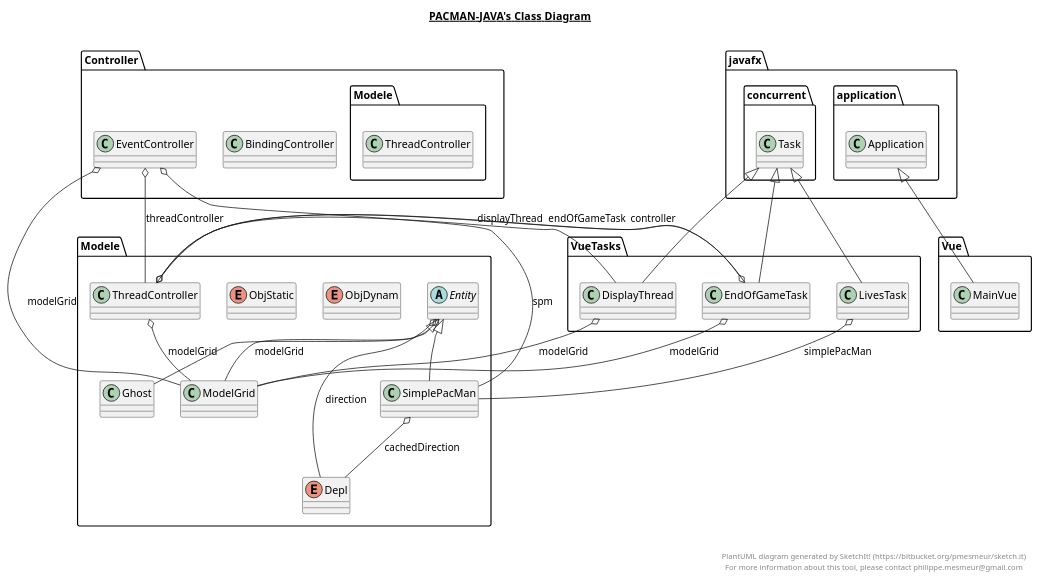
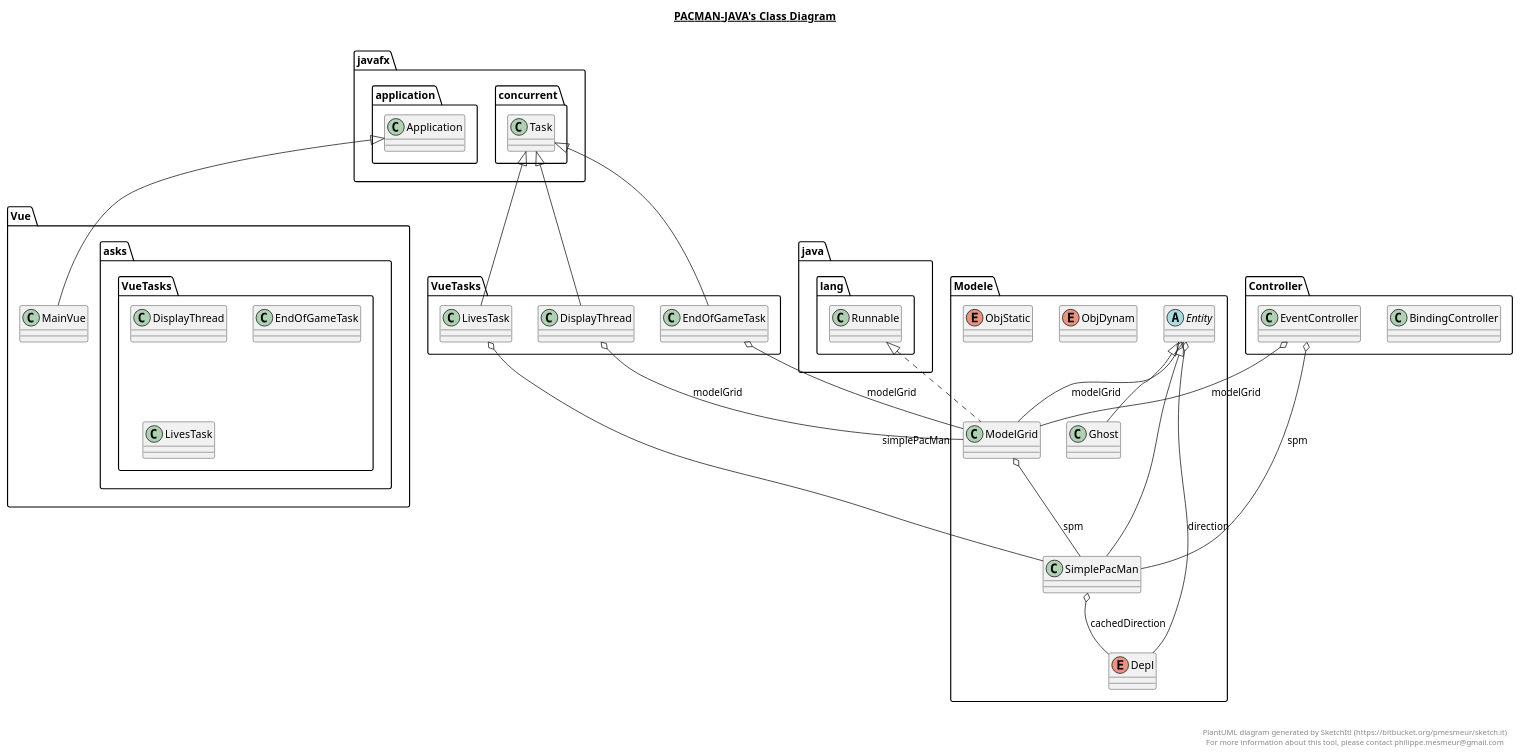
One commit to SimonGaufreteau/PacMan-Java changed the diagram in PacMan-Java.plantuml. Above: the diagram before and after it, drawn with PlantUML. The commit also changed 4 other files, not shown here.

Commit message:
plantuml generation

```diff
--- a/PacMan-Java.plantuml
+++ b/PacMan-Java.plantuml
@@ -1,118 +1,114 @@
 @startuml
 
 title __PACMAN-JAVA's Class Diagram__\n
 
   namespace Controller {
     class Controller.BindingController {
     }
   }
   
 
   namespace Controller {
     class Controller.EventController {
-    }
-  }
-  
-
-  namespace Controller {
-    class Modele.ThreadController {
     }
   }
   
 
   namespace Modele {
     enum Depl {
     }
   }
   
 
   namespace Modele {
     abstract class Modele.Entity {
     }
   }
   
 
   namespace Modele {
     class Modele.Ghost {
     }
   }
   
 
   namespace Modele {
     class Modele.ModelGrid {
     }
   }
   
 
   namespace Modele {
     enum ObjDynam {
     }
   }
   
 
   namespace Modele {
     enum ObjStatic {
     }
   }
   
 
   namespace Modele {
     class Modele.SimplePacMan {
     }
   }
   
 
-  namespace VueTasks {
-    class VueTasks.DisplayThread {
-    }
-  }
-  
-
-  namespace VueTasks {
-    class VueTasks.EndOfGameTask {
-    }
-  }
-  
-
-  namespace VueTasks {
-    class VueTasks.LivesTask {
-    }
-  }
-  
-
   namespace Vue {
     class Vue.MainVue {
     }
   }
   
 
+  namespace Vue {
+    namespace asks {
+      class VueTasks.DisplayThread {
+      }
+    }
+  }
+  
+
+  namespace Vue {
+    namespace asks {
+      class VueTasks.EndOfGameTask {
+      }
+    }
+  }
+  
+
+  namespace Vue {
+    namespace asks {
+      class VueTasks.LivesTask {
+      }
+    }
+  }
+  
+
   Controller.EventController o-- Modele.ModelGrid : modelGrid
   Controller.EventController o-- Modele.SimplePacMan : spm
-  Controller.EventController o-- Modele.ThreadController : threadController
-  Modele.ThreadController o-- VueTasks.DisplayThread : displayThread
-  Modele.ThreadController o-- VueTasks.EndOfGameTask : endOfGameTask
-  Modele.ThreadController o-- Modele.ModelGrid : modelGrid
-  Modele.ThreadController o-- Controller.BindingController.direction : paneDirection
   Modele.Entity o-- Modele.Depl : direction
   Modele.Entity o-- Modele.ModelGrid : modelGrid
   Modele.Ghost -up-|> Modele.Entity
+  Modele.ModelGrid .up.|> java.lang.Runnable
+  Modele.ModelGrid o-- Modele.SimplePacMan : spm
   Modele.SimplePacMan -up-|> Modele.Entity
   Modele.SimplePacMan o-- Modele.Depl : cachedDirection
+  Vue.MainVue -up-|> javafx.application.Application
   VueTasks.DisplayThread -up-|> javafx.concurrent.Task
   VueTasks.DisplayThread o-- Modele.ModelGrid : modelGrid
   VueTasks.EndOfGameTask -up-|> javafx.concurrent.Task
-  VueTasks.EndOfGameTask o-- Modele.ThreadController : controller
   VueTasks.EndOfGameTask o-- Modele.ModelGrid : modelGrid
   VueTasks.LivesTask -up-|> javafx.concurrent.Task
   VueTasks.LivesTask o-- Modele.SimplePacMan : simplePacMan
-  Vue.MainVue -up-|> javafx.application.Application
 
 
 right footer
 
 
 PlantUML diagram generated by SketchIt! (https://bitbucket.org/pmesmeur/sketch.it)
 For more information about this tool, please contact philippe.mesmeur@gmail.com
 endfooter
 
 @enduml
```
